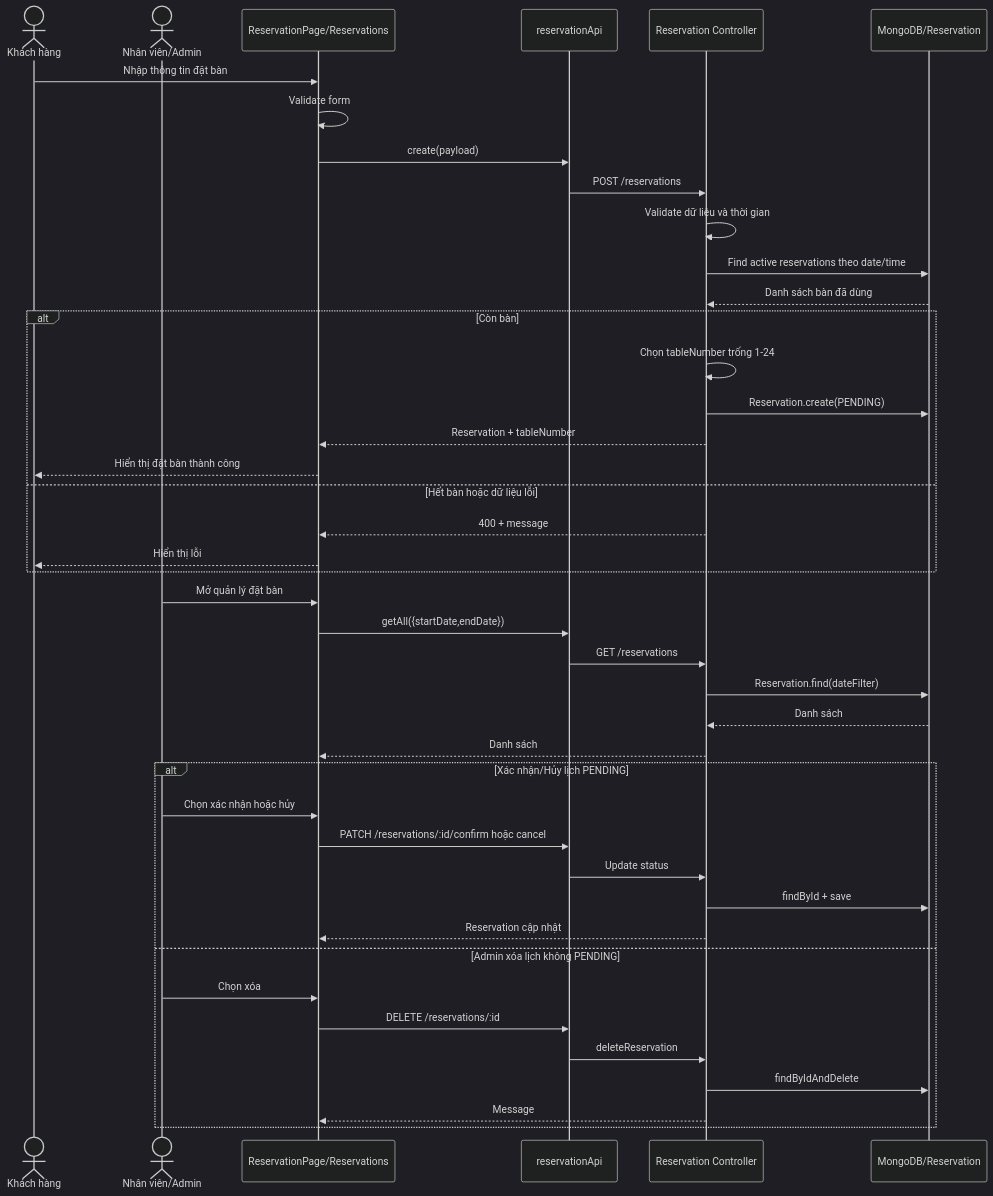
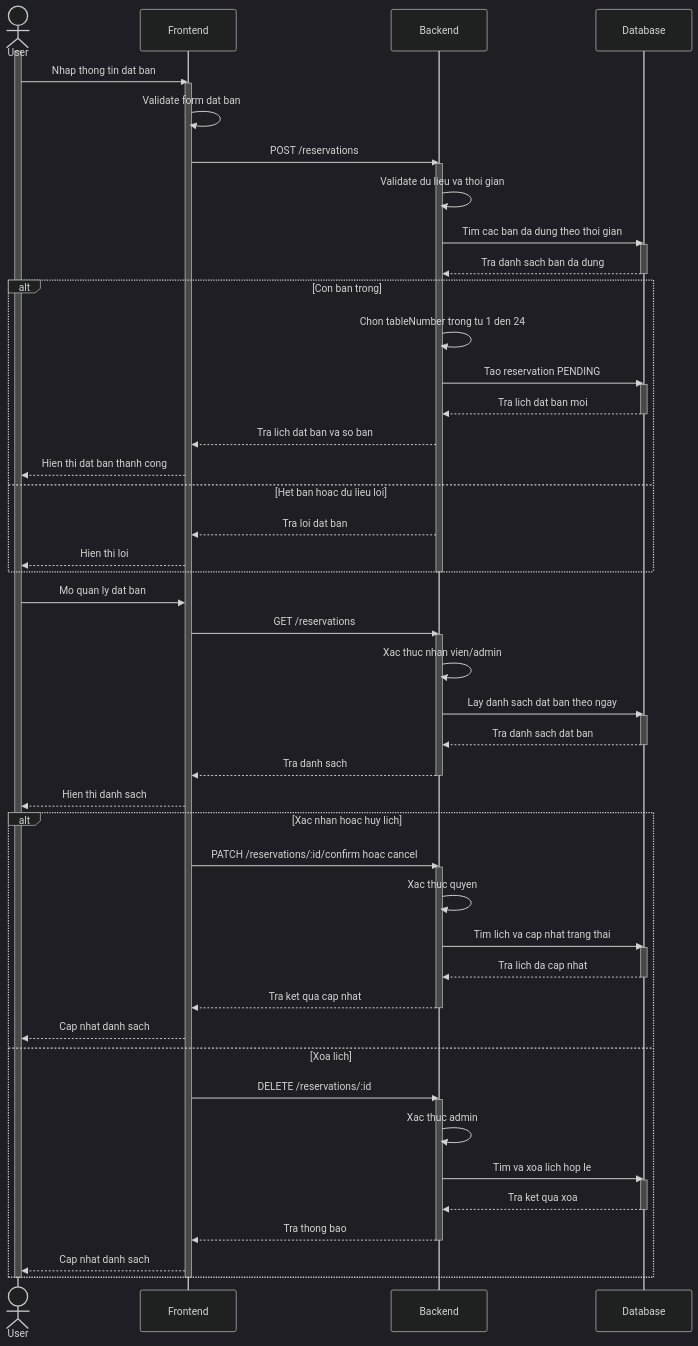
Before and after one commit to Pvmvn/BE-CDTN: diagram 22 of 48 in docs/usecase-dac-ta-chuc-nang-con-lai.md, drawn with Mermaid (dark theme). The commit also changed other lines of this file and 32 other files, not shown here.

````diff
--- a/docs/usecase-dac-ta-chuc-nang-con-lai.md
+++ b/docs/usecase-dac-ta-chuc-nang-con-lai.md
@@ -580,44 +1784,70 @@
 ```mermaid
 sequenceDiagram
-  actor Customer as Khách hàng
-  actor Staff as Nhân viên/Admin
-  participant FE as ReservationPage/Reservations
-  participant API as reservationApi
-  participant Ctrl as Reservation Controller
-  participant DB as MongoDB/Reservation
-  Customer->>FE: Nhập thông tin đặt bàn
-  FE->>FE: Validate form
-  FE->>API: create(payload)
-  API->>Ctrl: POST /reservations
-  Ctrl->>Ctrl: Validate dữ liệu và thời gian
-  Ctrl->>DB: Find active reservations theo date/time
-  DB-->>Ctrl: Danh sách bàn đã dùng
-  alt Còn bàn
-    Ctrl->>Ctrl: Chọn tableNumber trống 1-24
-    Ctrl->>DB: Reservation.create(PENDING)
-    Ctrl-->>FE: Reservation + tableNumber
-    FE-->>Customer: Hiển thị đặt bàn thành công
-  else Hết bàn hoặc dữ liệu lỗi
-    Ctrl-->>FE: 400 + message
-    FE-->>Customer: Hiển thị lỗi
+  actor User as User
+  participant FE as Frontend
+  participant BE as Backend
+  participant DB as Database
+
+  activate User
+  User->>FE: Nhap thong tin dat ban
+  activate FE
+  FE->>FE: Validate form dat ban
+  FE->>BE: POST /reservations
+  activate BE
+  BE->>BE: Validate du lieu va thoi gian
+  BE->>DB: Tim cac ban da dung theo thoi gian
+  activate DB
+  DB-->>BE: Tra danh sach ban da dung
+  deactivate DB
+  alt Con ban trong
+    BE->>BE: Chon tableNumber trong tu 1 den 24
+    BE->>DB: Tao reservation PENDING
+    activate DB
+    DB-->>BE: Tra lich dat ban moi
+    deactivate DB
+    BE-->>FE: Tra lich dat ban va so ban
+    FE-->>User: Hien thi dat ban thanh cong
+  else Het ban hoac du lieu loi
+    BE-->>FE: Tra loi dat ban
+    FE-->>User: Hien thi loi
   end
-  Staff->>FE: Mở quản lý đặt bàn
-  FE->>API: getAll({startDate,endDate})
-  API->>Ctrl: GET /reservations
-  Ctrl->>DB: Reservation.find(dateFilter)
-  DB-->>Ctrl: Danh sách
-  Ctrl-->>FE: Danh sách
-  alt Xác nhận/Hủy lịch PENDING
-    Staff->>FE: Chọn xác nhận hoặc hủy
-    FE->>API: PATCH /reservations/:id/confirm hoặc cancel
-    API->>Ctrl: Update status
-    Ctrl->>DB: findById + save
-    Ctrl-->>FE: Reservation cập nhật
-  else Admin xóa lịch không PENDING
-    Staff->>FE: Chọn xóa
-    FE->>API: DELETE /reservations/:id
-    API->>Ctrl: deleteReservation
-    Ctrl->>DB: findByIdAndDelete
-    Ctrl-->>FE: Message
+  deactivate BE
+
+  User->>FE: Mo quan ly dat ban
+  FE->>BE: GET /reservations
+  activate BE
+  BE->>BE: Xac thuc nhan vien/admin
+  BE->>DB: Lay danh sach dat ban theo ngay
+  activate DB
+  DB-->>BE: Tra danh sach dat ban
+  deactivate DB
+  BE-->>FE: Tra danh sach
+  deactivate BE
+  FE-->>User: Hien thi danh sach
+
+  alt Xac nhan hoac huy lich
+    FE->>BE: PATCH /reservations/:id/confirm hoac cancel
+    activate BE
+    BE->>BE: Xac thuc quyen
+    BE->>DB: Tim lich va cap nhat trang thai
+    activate DB
+    DB-->>BE: Tra lich da cap nhat
+    deactivate DB
+    BE-->>FE: Tra ket qua cap nhat
+    deactivate BE
+    FE-->>User: Cap nhat danh sach
+  else Xoa lich
+    FE->>BE: DELETE /reservations/:id
+    activate BE
+    BE->>BE: Xac thuc admin
+    BE->>DB: Tim va xoa lich hop le
+    activate DB
+    DB-->>BE: Tra ket qua xoa
+    deactivate DB
+    BE-->>FE: Tra thong bao
+    deactivate BE
+    FE-->>User: Cap nhat danh sach
   end
+  deactivate FE
+  deactivate User
 ```
````
